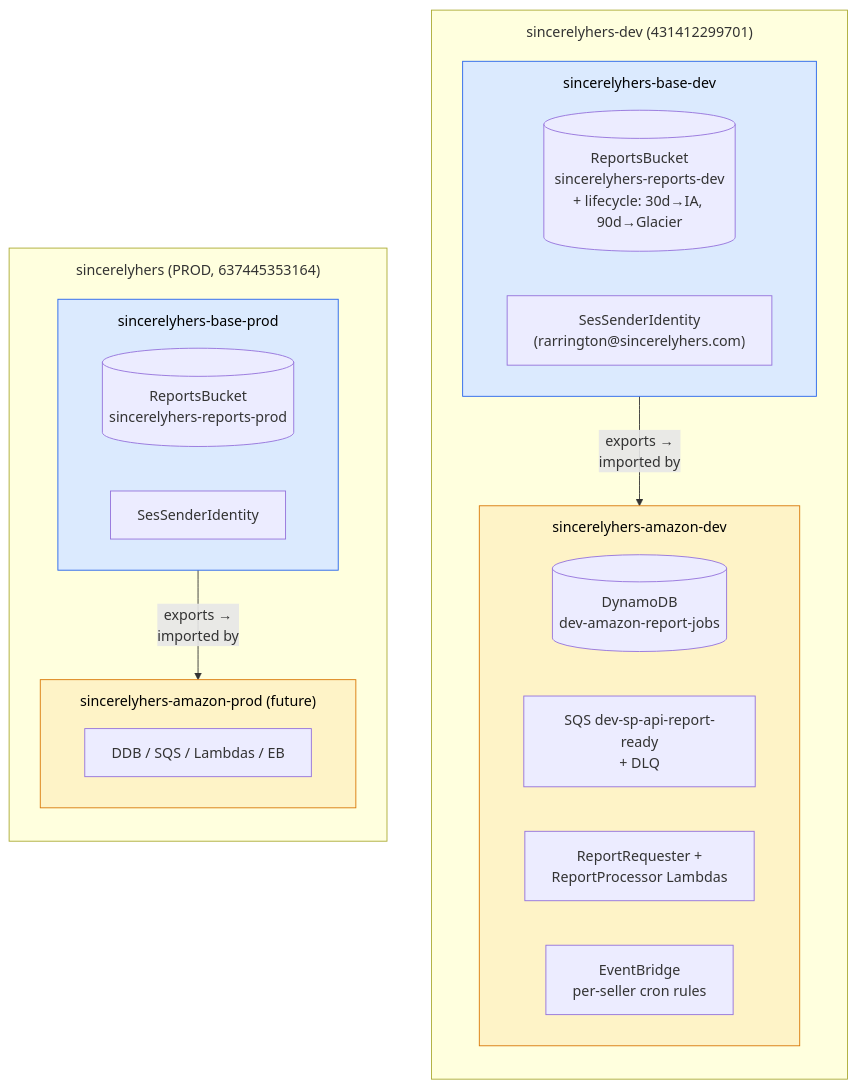
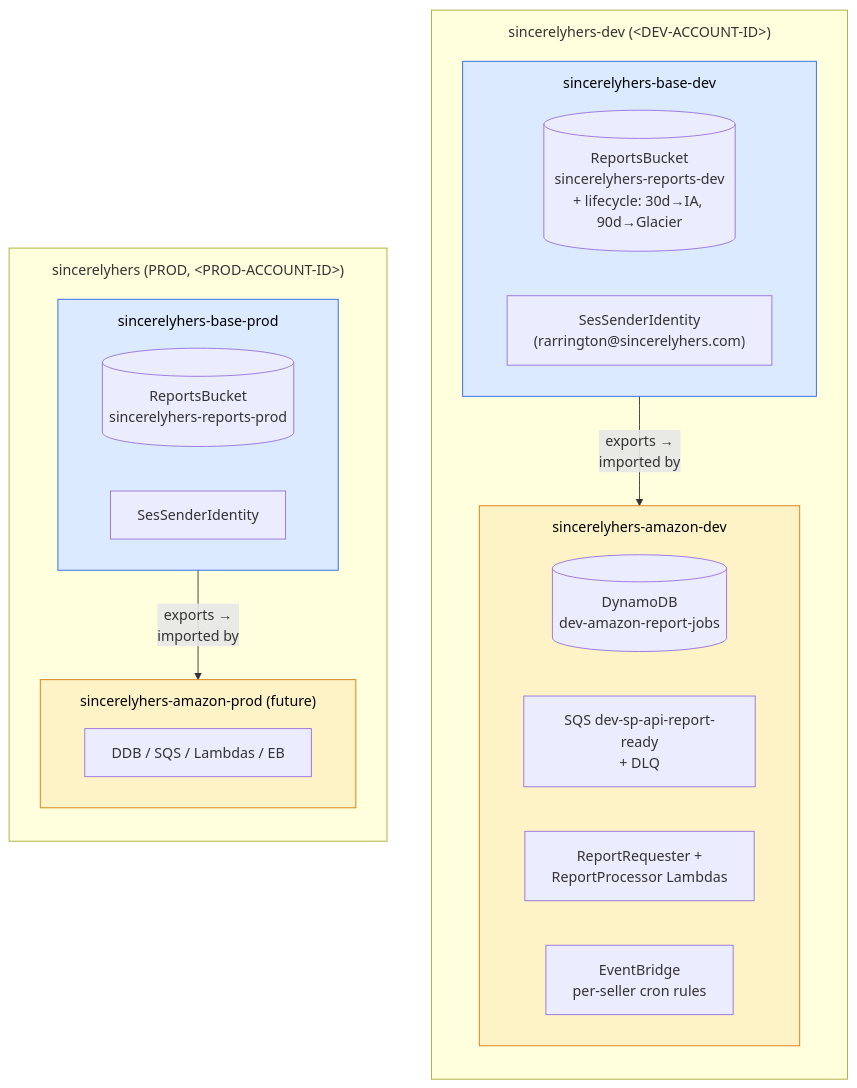
One commit to BravoAlpha59/cloud-monorepo changed the first of 3 diagrams in docs/architecture/03-iac-topology.md. Above: the diagram before and after it, drawn with Mermaid. The commit also changed other lines of this file and 23 other files, not shown here.

````diff
--- a/docs/architecture/03-iac-topology.md
+++ b/docs/architecture/03-iac-topology.md
@@ -9,37 +9,37 @@
 ```mermaid
 %%{init: { 'flowchart': { 'subGraphTitleMargin': { 'top': 12, 'bottom': 8 } } }}%%
 flowchart TD
-    subgraph dev_account["sincerelyhers-dev (431412299701)"]
+    subgraph dev_account["sincerelyhers-dev (&lt;DEV-ACCOUNT-ID&gt;)"]
       direction TB
       subgraph base_dev["sincerelyhers-base-dev"]
         S3dev[("ReportsBucket<br/>sincerelyhers-reports-dev<br/>+ lifecycle: 30d→IA, 90d→Glacier")]
         SESdev["SesSenderIdentity<br/>(rarrington@sincerelyhers.com)"]
       end
       subgraph amzn_dev["sincerelyhers-amazon-dev"]
         DDBdev[("DynamoDB<br/>dev-amazon-report-jobs")]
         SQSdev["SQS dev-sp-api-report-ready<br/>+ DLQ"]
         Lamdev["ReportRequester +<br/>ReportProcessor Lambdas"]
         EBdev["EventBridge<br/>per-seller cron rules"]
       end
     end
 
-    subgraph prod_account["sincerelyhers (PROD, 637445353164)"]
+    subgraph prod_account["sincerelyhers (PROD, &lt;PROD-ACCOUNT-ID&gt;)"]
       direction TB
       subgraph base_prod["sincerelyhers-base-prod"]
         S3prod[("ReportsBucket<br/>sincerelyhers-reports-prod")]
         SESprod["SesSenderIdentity"]
       end
       subgraph amzn_prod["sincerelyhers-amazon-prod (future)"]
         Stub["DDB / SQS / Lambdas / EB"]
       end
     end
 
     base_dev -- "exports →<br/>imported by" --> amzn_dev
     base_prod -- "exports →<br/>imported by" --> amzn_prod
 
     classDef base fill:#dbeafe,stroke:#2563eb,color:#000
     classDef plat fill:#fef3c7,stroke:#d97706,color:#000
     classDef account fill:#f3f4f6,stroke:#6b7280,color:#000
     class base_dev,base_prod base
     class amzn_dev,amzn_prod plat
 ```
````
